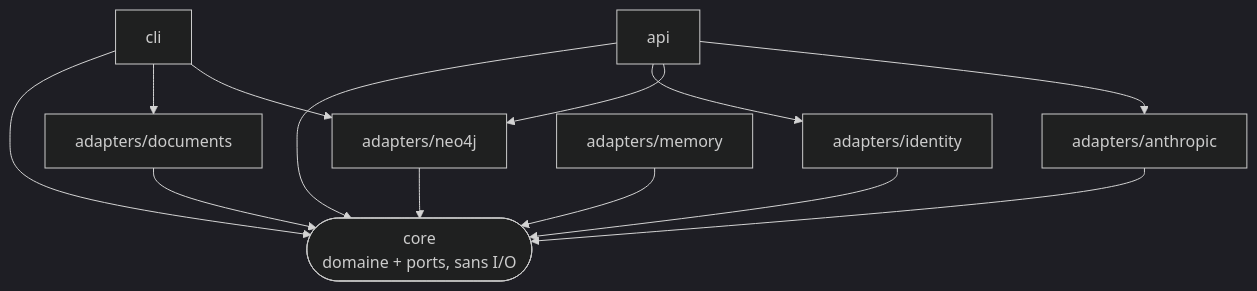
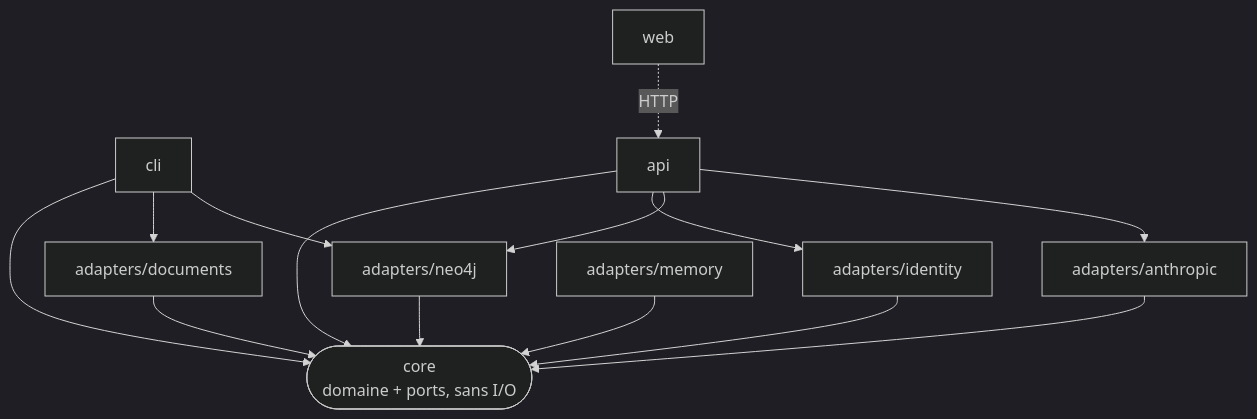
The eighth of 8 diagrams in README.fr.md (Graph-Warden/graph-warden), drawn with Mermaid (dark theme) before and after one commit. The commit also changed other lines of this file and 60 other files, not shown here.

````diff
--- a/README.fr.md
+++ b/README.fr.md
@@ -460,16 +476,17 @@
 ```mermaid
 flowchart TB
     cli[cli] --> core
     api[api] --> core
     cli --> documents[adapters/documents]
     cli --> neo4j[adapters/neo4j]
     api --> identity[adapters/identity]
     api --> neo4j
     api --> anthropic[adapters/anthropic]
     anthropic --> core
     documents --> core
     neo4j --> core
     identity --> core
     memory[adapters/memory] --> core
+    web[web] -. HTTP .-> api
     core(["core<br/>domaine + ports, sans I/O"])
 ```
````
